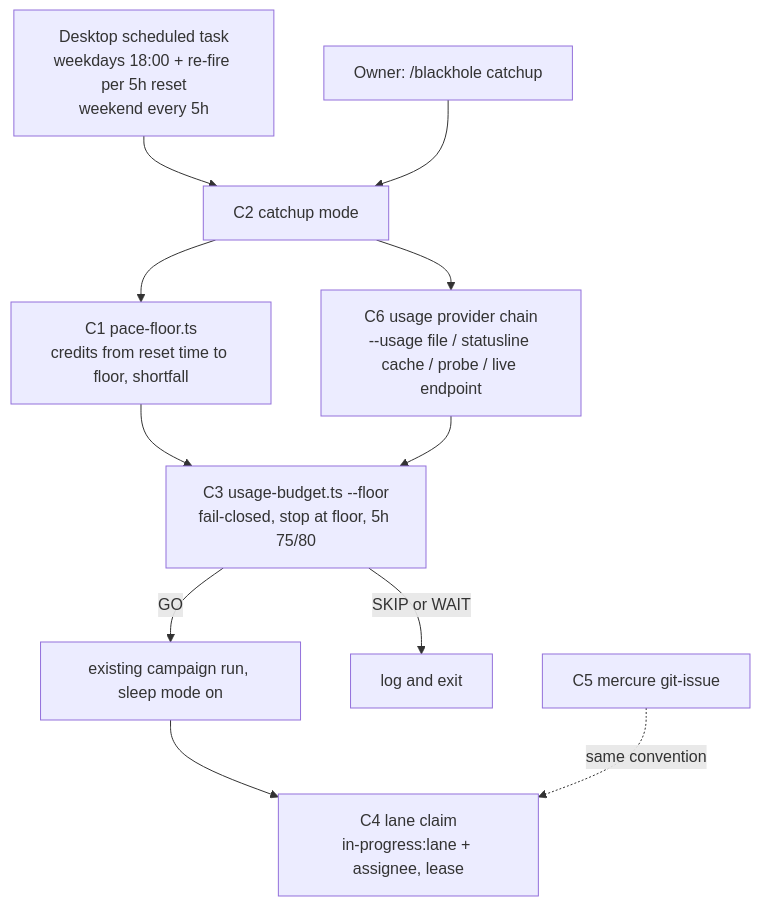
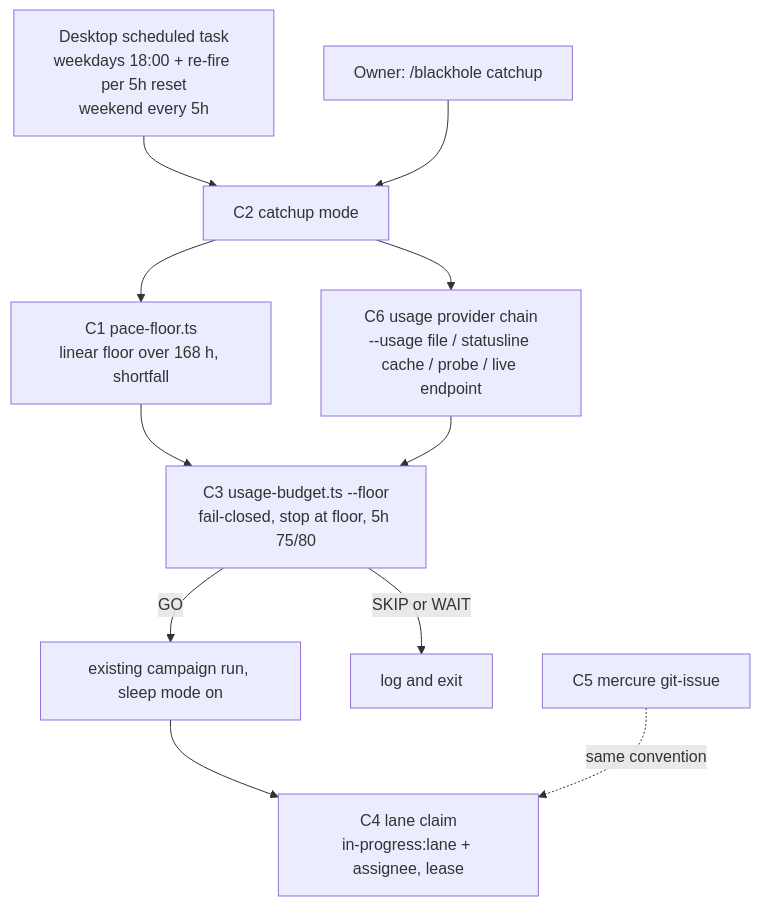
The diagram in documentation/decisions/ADR-054-catchup-mode-quota-pacing.md (CorentinLumineau/blackhole), drawn with Mermaid before and after one commit. The commit also changed other lines of this file and 51 other files, not shown here.

First line of the commit message:
feat(catchup): linear pace floor over all 168 h with weekly_target_pct (closes #1293)

````diff
--- a/documentation/decisions/ADR-054-catchup-mode-quota-pacing.md
+++ b/documentation/decisions/ADR-054-catchup-mode-quota-pacing.md
@@ -62,13 +62,13 @@
 ```mermaid
 flowchart TD
   T[Desktop scheduled task<br/>weekdays 18:00 + re-fire per 5h reset<br/>weekend every 5h] --> M
   H[Owner: /blackhole catchup] --> M
-  M[C2 catchup mode] --> F[C1 pace-floor.ts<br/>credits from reset time to floor, shortfall]
+  M[C2 catchup mode] --> F[C1 pace-floor.ts<br/>linear floor over 168 h, shortfall]
   M --> U[C6 usage provider chain<br/>--usage file / statusline cache / probe / live endpoint]
   F --> G[C3 usage-budget.ts --floor<br/>fail-closed, stop at floor, 5h 75/80]
   U --> G
   G -->|GO| R[existing campaign run, sleep mode on]
   G -->|SKIP or WAIT| X[log and exit]
   R --> C[C4 lane claim<br/>in-progress:lane + assignee, lease]
   C5[C5 mercure git-issue] -. same convention .-> C
 ```
````
